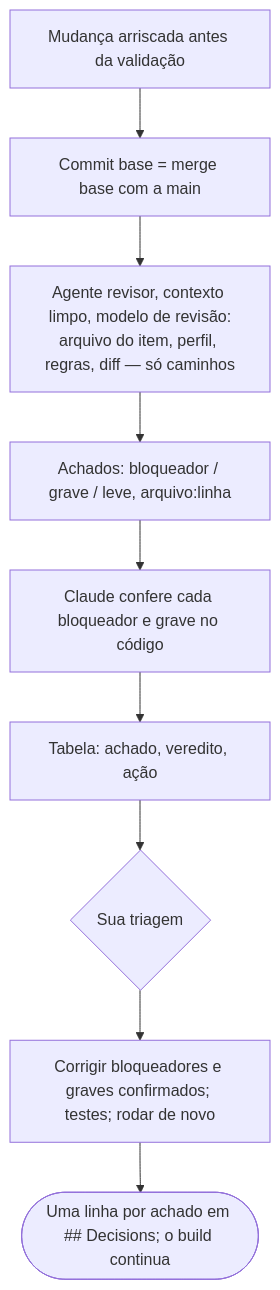
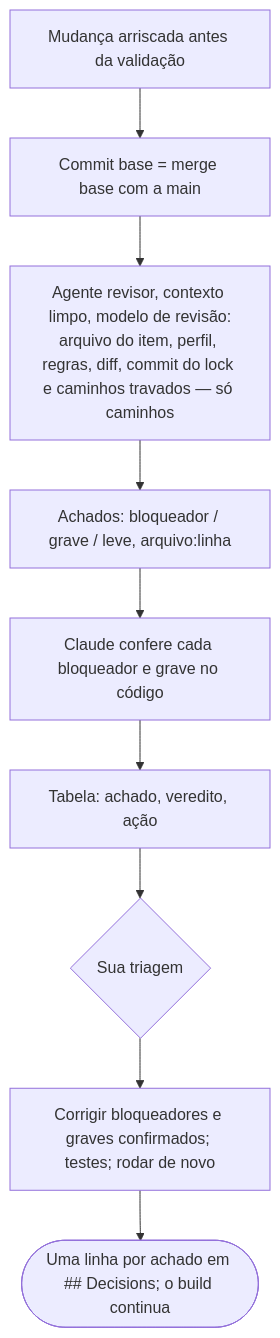
One commit to alexcanario/simulab changed the tenth of 21 diagrams in docs/agile/workflow.pt-BR.md. Above: the diagram before and after it, drawn with Mermaid. The commit also changed other lines of this file and 8 other files, not shown here.

````diff
--- a/docs/agile/workflow.pt-BR.md
+++ b/docs/agile/workflow.pt-BR.md
@@ -889,11 +892,11 @@
 ```mermaid
 flowchart TD
     A["Mudança arriscada antes da validação"] --> B["Commit base = merge base com a main"]
-    B --> C["Agente revisor, contexto limpo, modelo de revisão:<br/>arquivo do item, perfil, regras, diff — só caminhos"]
+    B --> C["Agente revisor, contexto limpo, modelo de revisão:<br/>arquivo do item, perfil, regras, diff, commit do lock e caminhos travados — só caminhos"]
     C --> D["Achados: bloqueador / grave / leve, arquivo:linha"]
     D --> E["Claude confere cada bloqueador e grave no código"]
     E --> F["Tabela: achado, veredito, ação"]
     F --> G{"Sua triagem"}
     G --> H["Corrigir bloqueadores e graves confirmados; testes; rodar de novo"]
     H --> I(["Uma linha por achado em ## Decisions; o build continua"])
 ```
````
